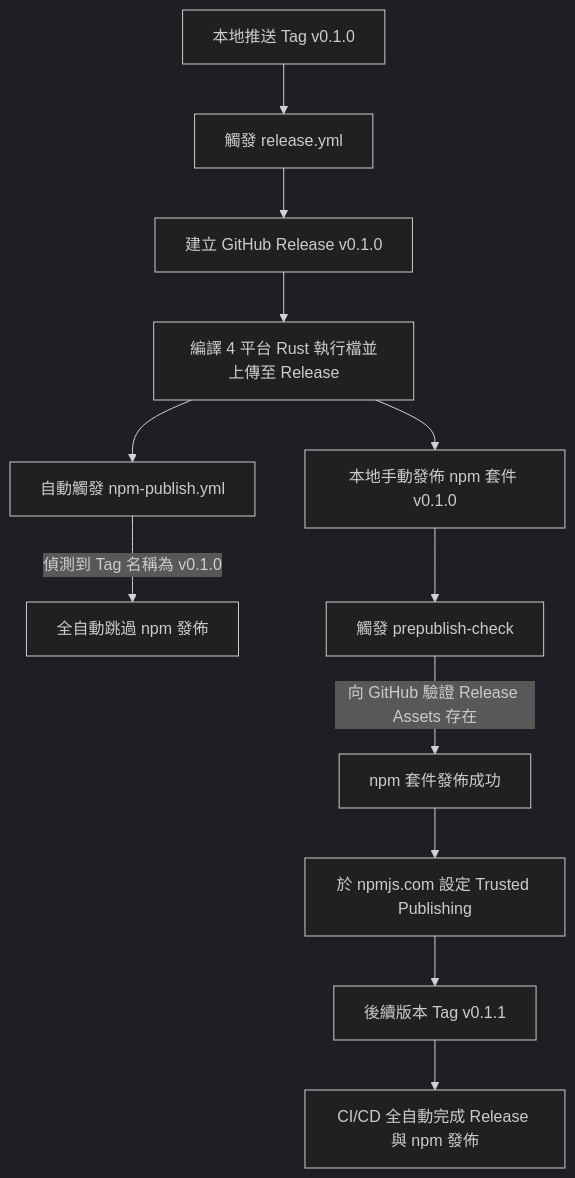
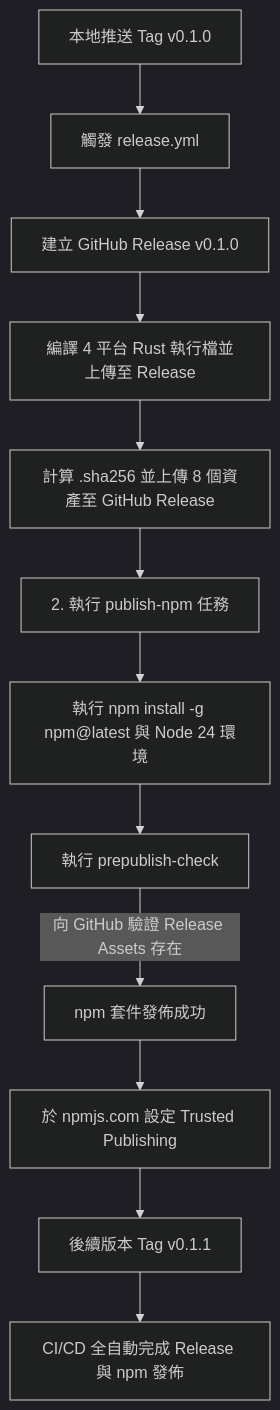
One commit to doggy8088/subembed changed the diagram in docs/first-release-guide.md. Above: the diagram before and after it, drawn with Mermaid (dark theme). The commit also changed other lines of this file and 8 other files, not shown here.

Commit message:
chore: merge release and publish workflows, bump version to 0.1.5

````diff
--- a/docs/first-release-guide.md
+++ b/docs/first-release-guide.md
@@ -13,14 +13,14 @@
 ```mermaid
 graph TD
     A[本地推送 Tag v0.1.0] --> B[觸發 release.yml]
     B --> C[建立 GitHub Release v0.1.0]
     C --> D[編譯 4 平台 Rust 執行檔並上傳至 Release]
-    D --> E[自動觸發 npm-publish.yml]
-    E -->|偵測到 Tag 名稱為 v0.1.0| F[全自動跳過 npm 發佈]
-    D --> G[本地手動發佈 npm 套件 v0.1.0]
-    G --> H[觸發 prepublish-check]
+    D --> E[計算 .sha256 並上傳 8 個資產至 GitHub Release]
+    E --> F[2. 執行 publish-npm 任務]
+    F --> G[執行 npm install -g npm@latest 與 Node 24 環境]
+    G --> H[執行 prepublish-check]
     H -->|向 GitHub 驗證 Release Assets 存在| I[npm 套件發佈成功]
     I --> J[於 npmjs.com 設定 Trusted Publishing]
     J --> K[後續版本 Tag v0.1.1]
     K --> L[CI/CD 全自動完成 Release 與 npm 發佈]
 ```
````
